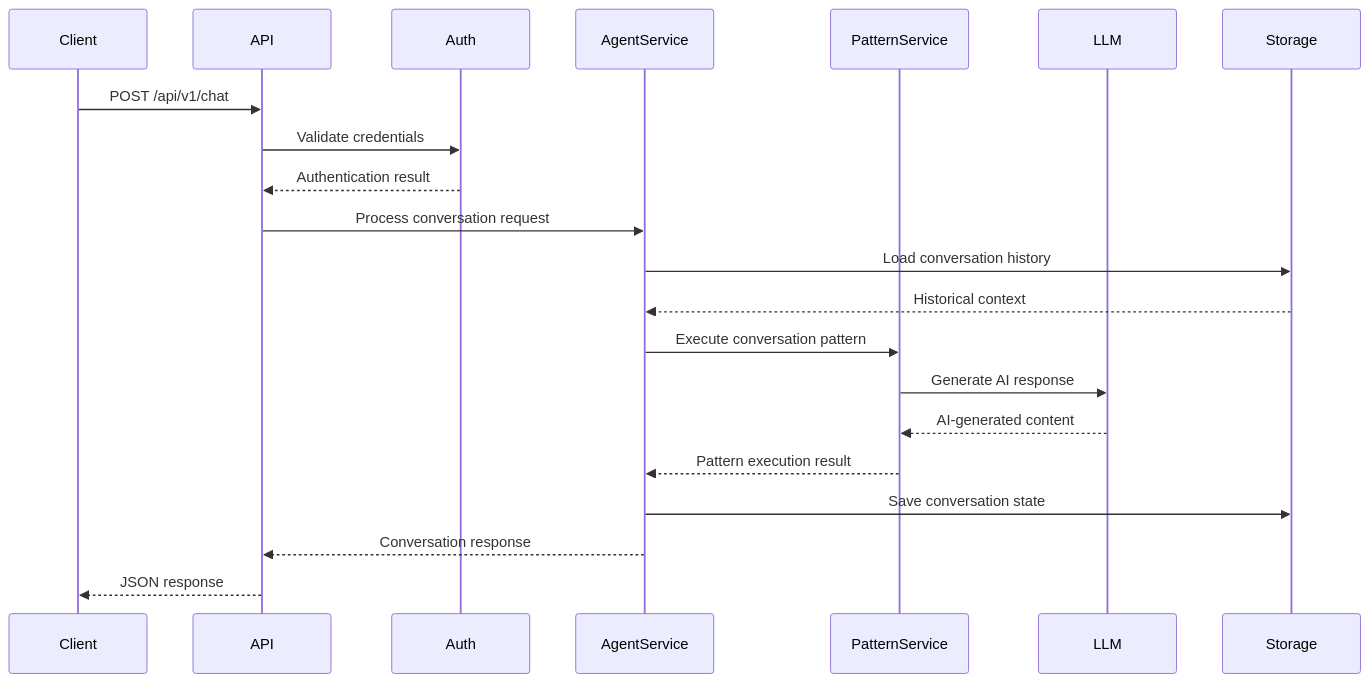
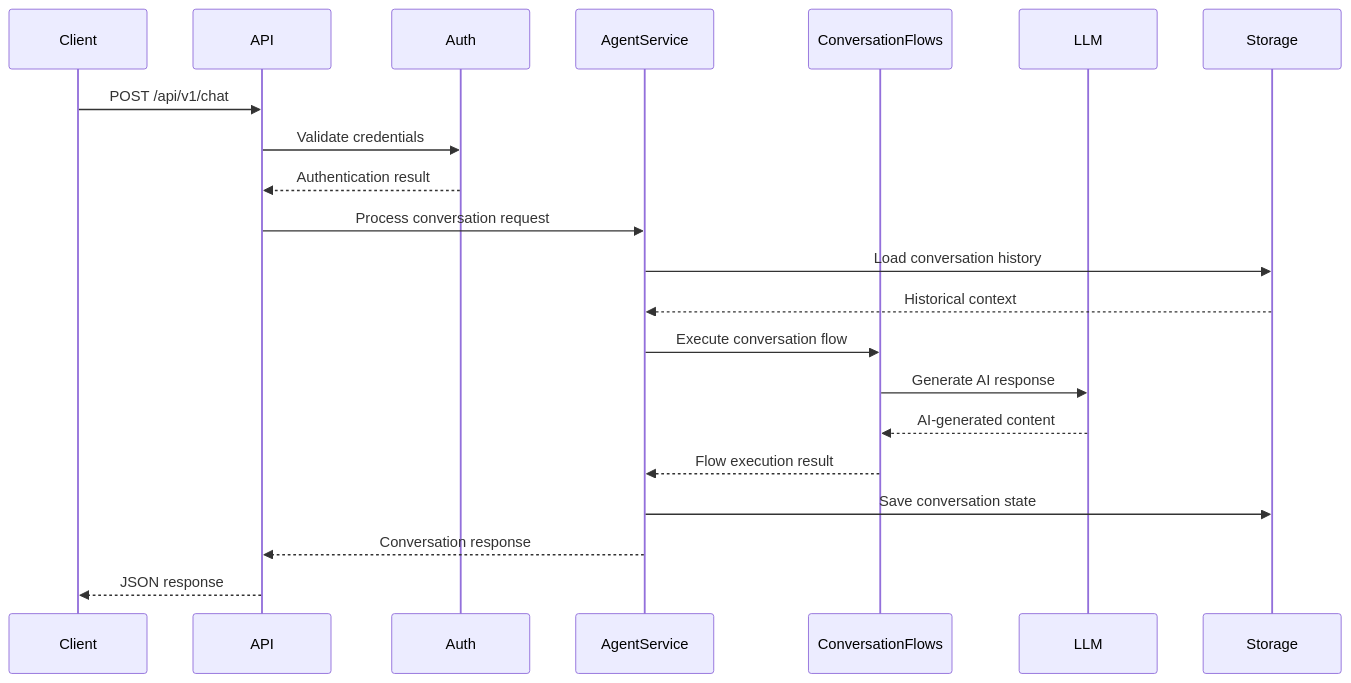
Before and after one commit to renz-adarayan/ingenious: the second of 8 diagrams in docs/architecture.md, drawn with Mermaid. The commit also changed other lines of this file, not shown here.

First line of the commit message:
docs: correct architecture diagram to reflect actual codebase

````diff
--- a/docs/architecture.md
+++ b/docs/architecture.md
@@ -166,28 +166,28 @@
 ```mermaid
 sequenceDiagram
     participant Client
     participant API
     participant Auth
     participant AgentService
-    participant PatternService
+    participant ConversationFlows
     participant LLM
     participant Storage
 
     Client->>API: POST /api/v1/chat
     API->>Auth: Validate credentials
     Auth-->>API: Authentication result
 
     API->>AgentService: Process conversation request
     AgentService->>Storage: Load conversation history
     Storage-->>AgentService: Historical context
 
-    AgentService->>PatternService: Execute conversation pattern
-    PatternService->>LLM: Generate AI response
-    LLM-->>PatternService: AI-generated content
+    AgentService->>ConversationFlows: Execute conversation flow
+    ConversationFlows->>LLM: Generate AI response
+    LLM-->>ConversationFlows: AI-generated content
 
-    PatternService-->>AgentService: Pattern execution result
+    ConversationFlows-->>AgentService: Flow execution result
     AgentService->>Storage: Save conversation state
     AgentService-->>API: Conversation response
 
     API-->>Client: JSON response
 ```
````
